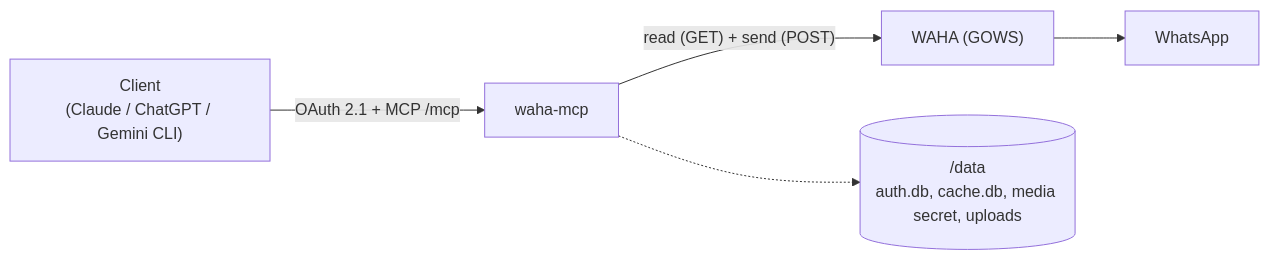
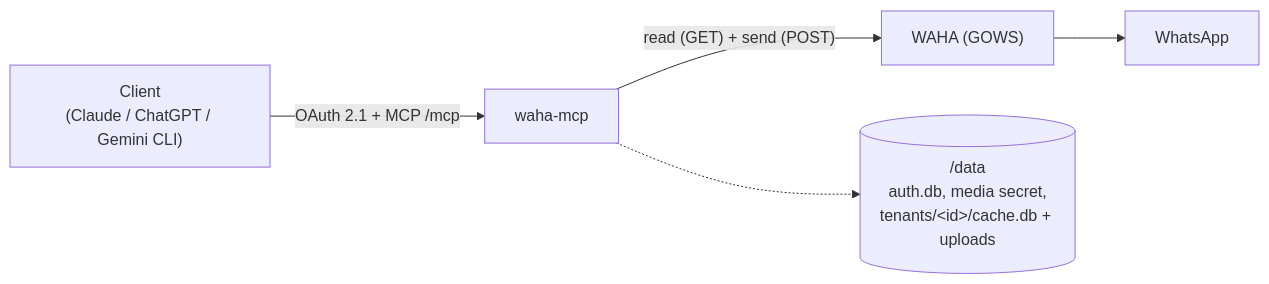
One commit to stivenrosales/waha-mcp changed the diagram in README.md. Above: the diagram before and after it, drawn with Mermaid. The commit also changed other lines of this file and 2 other files, not shown here.

````diff
--- a/README.md
+++ b/README.md
@@ -50,7 +50,7 @@
 ```mermaid
 flowchart LR
   Client["Client<br/>(Claude / ChatGPT / Gemini CLI)"] -->|"OAuth 2.1 + MCP /mcp"| MCP["waha-mcp"]
   MCP -->|"read (GET) + send (POST)"| WAHA["WAHA (GOWS)"]
   WAHA --> WA["WhatsApp"]
-  MCP -.-> Data[("/data<br/>auth.db, cache.db, media secret, uploads")]
+  MCP -.-> Data[("/data<br/>auth.db, media secret,<br/>tenants/&lt;id&gt;/cache.db + uploads")]
 ```
````
